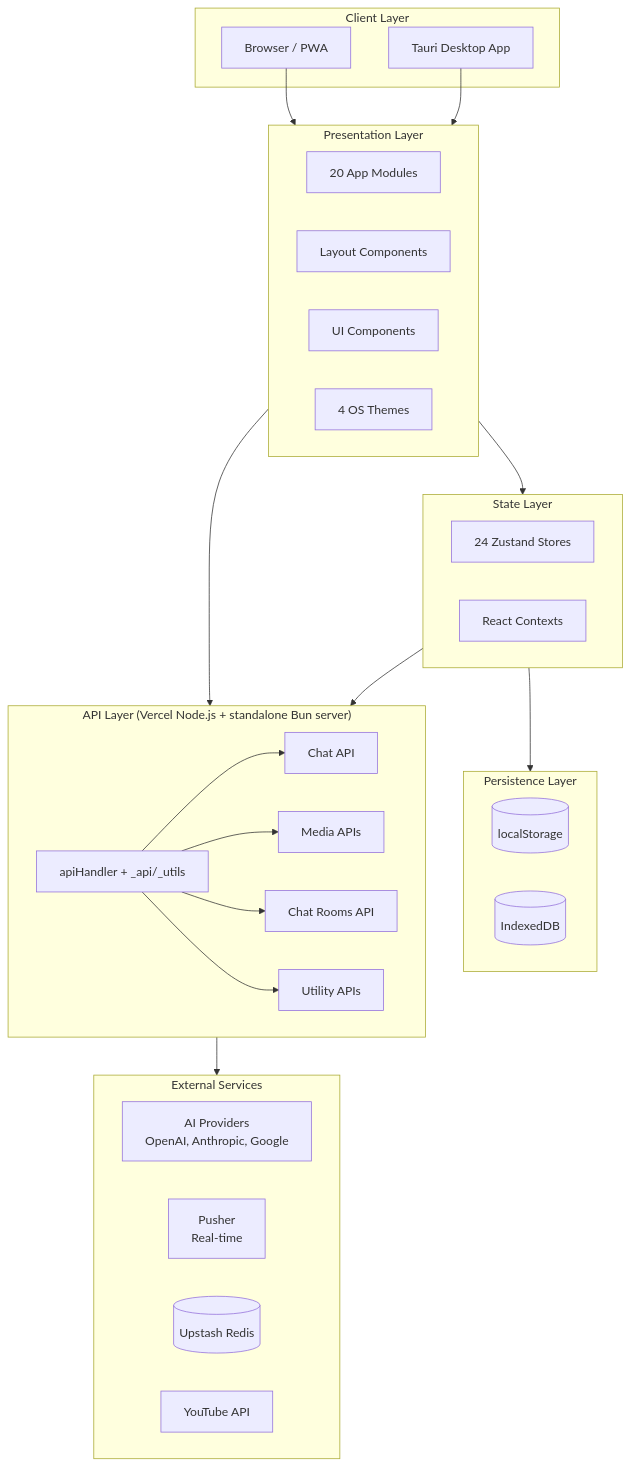
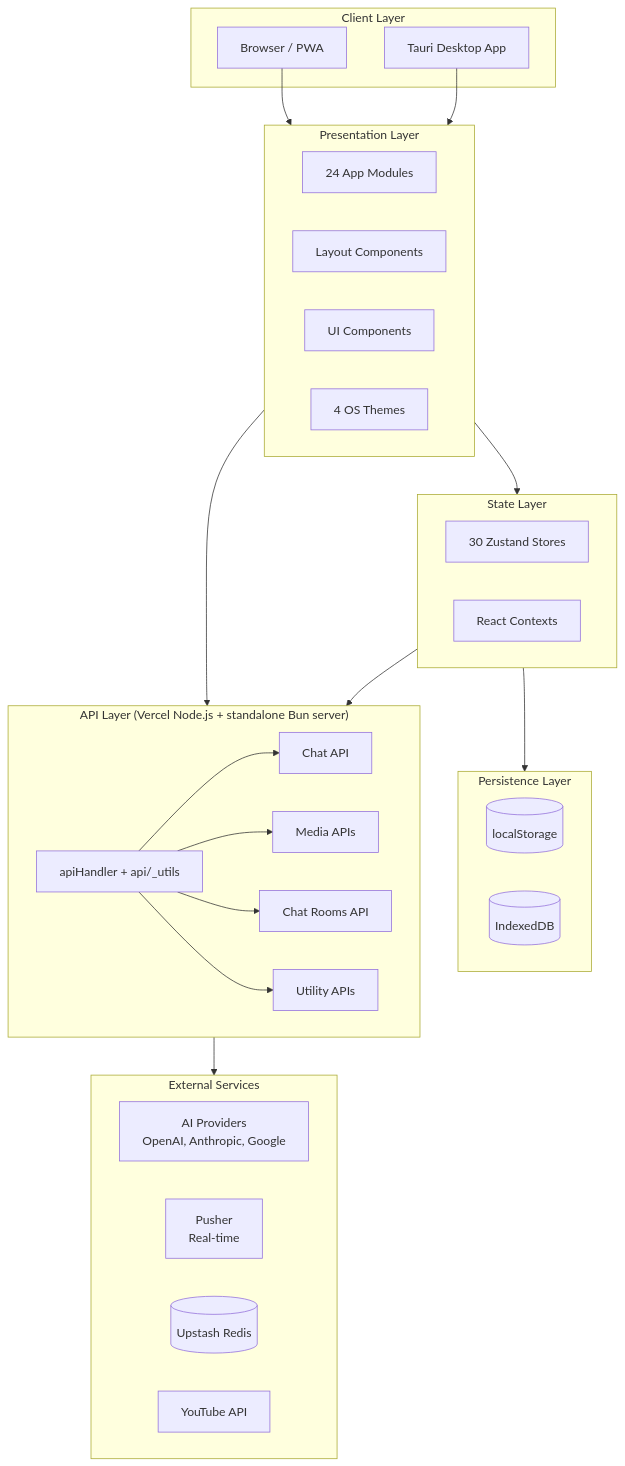
Before and after one commit to ryokun6/ryos: the first of 6 diagrams in docs/1.1-architecture.md, drawn with Mermaid. The commit also changed other lines of this file and 66 other files, not shown here.

First line of the commit message:
Sync documentation with codebase: 24 apps, new Contacts doc, updated Calendar/Dashboard/Admin/AI/API docs

````diff
--- a/docs/1.1-architecture.md
+++ b/docs/1.1-architecture.md
@@ -7,51 +7,51 @@
 ```mermaid
 graph TB
     subgraph Client["Client Layer"]
         Browser[Browser / PWA]
         Desktop[Tauri Desktop App]
     end
     
     subgraph Presentation["Presentation Layer"]
-        Apps[20 App Modules]
+        Apps[24 App Modules]
         Layout[Layout Components]
         UI[UI Components]
         Themes[4 OS Themes]
     end
     
     subgraph State["State Layer"]
-        Zustand[24 Zustand Stores]
+        Zustand[30 Zustand Stores]
         Contexts[React Contexts]
     end
     
     subgraph Persistence["Persistence Layer"]
         LocalStorage[(localStorage)]
         IndexedDB[(IndexedDB)]
     end
     
     subgraph API["API Layer (Vercel Node.js + standalone Bun server)"]
-        Shared[apiHandler + _api/_utils]
+        Shared[apiHandler + api/_utils]
         Chat[Chat API]
         Media[Media APIs]
         Rooms[Chat Rooms API]
         Utility[Utility APIs]
     end
     
     subgraph External["External Services"]
         AI[AI Providers<br/>OpenAI, Anthropic, Google]
         Pusher[Pusher<br/>Real-time]
         Redis[(Upstash Redis)]
         YouTube[YouTube API]
     end
     
     Browser --> Presentation
     Desktop --> Presentation
     Presentation --> State
     State --> Persistence
     Presentation --> API
     Shared --> Chat
     Shared --> Media
     Shared --> Rooms
     Shared --> Utility
     API --> External
     State --> API
 ```
````
